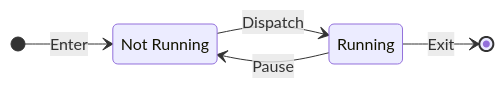
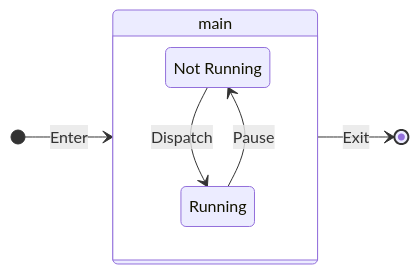
One commit to angelromarco04/MyNotes changed the first of 3 diagrams in CS/OS/data/23_life.md. Above: the diagram before and after it, drawn with Mermaid. The commit also changed other lines of this file and 2 other files, not shown here.

````diff
--- a/CS/OS/data/23_life.md
+++ b/CS/OS/data/23_life.md
@@ -17,13 +17,15 @@
 ```mermaid
 stateDiagram
     direction LR
 	A1: Not Running
 	A2: Running
 
 
-    [*] -->  A1: Enter
-	A1  -->  A2: Dispatch
-	A2  -->  A1: Pause
-	A2  --> [*]: Exit
+    [*] -->  main: Enter
+    state main {
+		A1  -->  A2: Dispatch
+		A2  -->  A1: Pause
+	}
+	main  --> [*]: Exit
     
 ```
````
